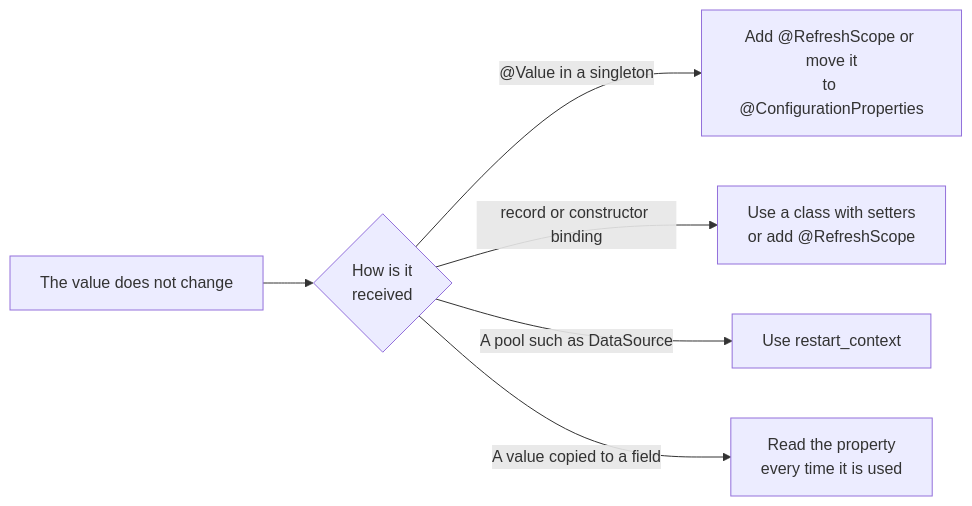
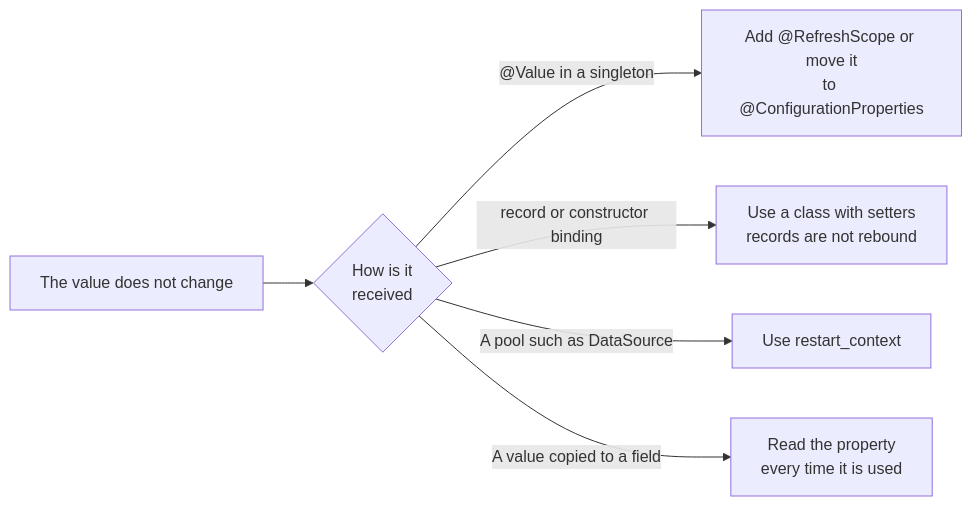
The seventh of 8 diagrams in _posts/2026-11-28-spring-aws-secrets-manager-reload-en.md (iinow/iinow.github.io), drawn with Mermaid before and after one commit. The commit also changed other lines of this file and 11 other files, not shown here.

````diff
--- a/_posts/2026-11-28-spring-aws-secrets-manager-reload-en.md
+++ b/_posts/2026-11-28-spring-aws-secrets-manager-reload-en.md
@@ -222,8 +224,8 @@
 ```mermaid
 flowchart LR
   A["The value does not change"] --> B{"How is it<br/>received"}
   B -->|"@Value in a singleton"| C["Add @RefreshScope or move it<br/>to @ConfigurationProperties"]
-  B -->|"record or constructor binding"| D["Use a class with setters<br/>or add @RefreshScope"]
+  B -->|"record or constructor binding"| D["Use a class with setters<br/>records are not rebound"]
   B -->|"A pool such as DataSource"| E["Use restart_context"]
   B -->|"A value copied to a field"| F["Read the property<br/>every time it is used"]
 ```
````
